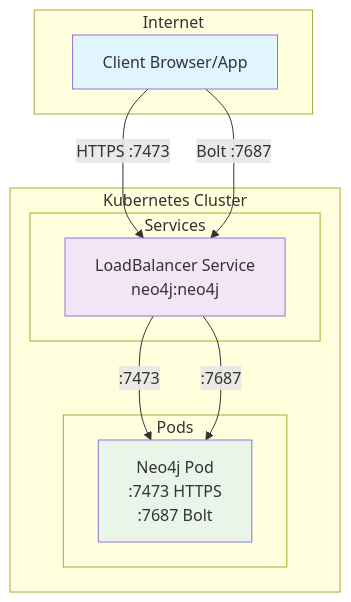
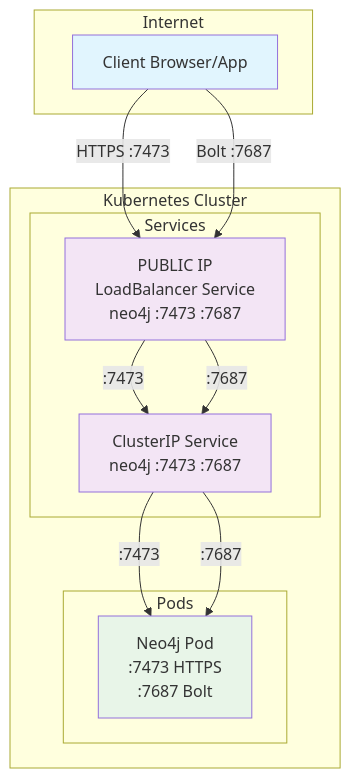
Before and after one commit to chboudry/neo4j-kubernetes: the first of 6 diagrams in readme_network.md, drawn with Mermaid. The commit also changed other lines of this file, not shown here.

Commit message:
Update network architecture diagrams in README to clarify service configurations and improve accuracy of port mappings

````diff
--- a/readme_network.md
+++ b/readme_network.md
@@ -27,24 +27,28 @@
 ```mermaid
 graph TB
     subgraph "Internet"
         Client[Client Browser/App]
     end
 
     subgraph "Kubernetes Cluster"
         subgraph "Services"
-            LB[LoadBalancer Service<br/>neo4j:neo4j]
+            LB[PUBLIC IP<br/>LoadBalancer Service <br/> neo4j :7473 :7687]
+            Neo4jSvc[ClusterIP Service<br/>neo4j :7473 :7687]
         end
         subgraph "Pods"
             Neo4j[Neo4j Pod<br/>:7473 HTTPS<br/>:7687 Bolt]
         end
     end
 
     Client -->|HTTPS :7473| LB
     Client -->|Bolt :7687| LB
-    LB -->|:7473| Neo4j
-    LB -->|:7687| Neo4j
+    LB -->|:7473| Neo4jSvc
+    LB -->|:7687| Neo4jSvc
+    Neo4jSvc -->|:7473| Neo4j
+    Neo4jSvc -->|:7687| Neo4j
 
     style Client fill:#e1f5fe
     style LB fill:#f3e5f5
+    style Neo4jSvc fill:#f3e5f5
     style Neo4j fill:#e8f5e8
 ```
````
